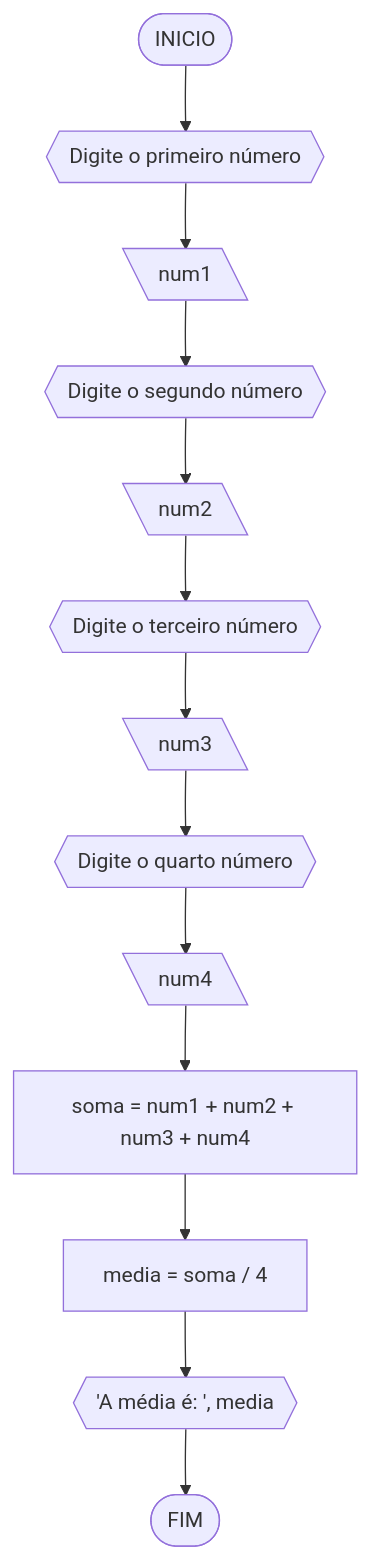
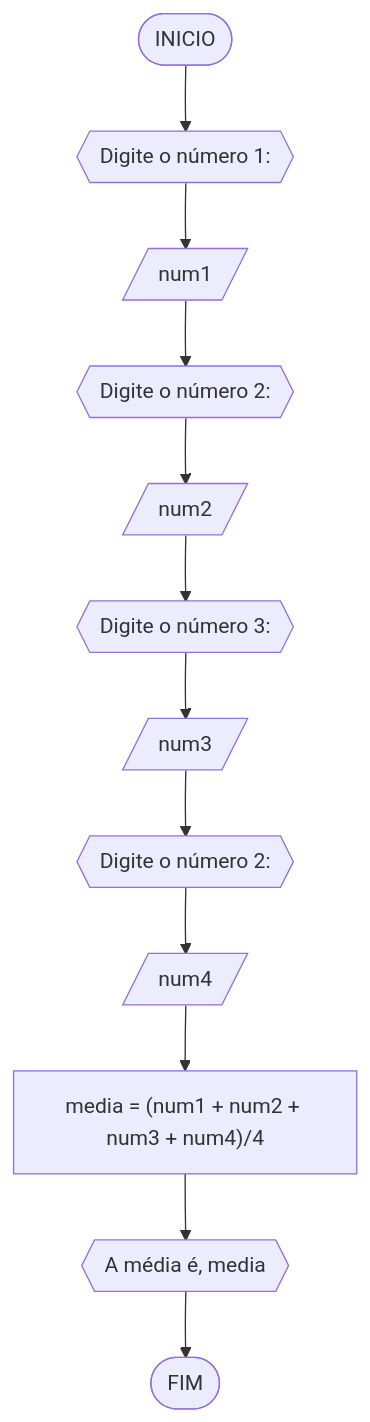
One commit to rineesousa/unifor changed the second of 5 diagrams in RLA/lista exercicio 2.md. Above: the diagram before and after it, drawn with Mermaid. The commit also changed other lines of this file, not shown here.

````diff
--- a/RLA/lista exercicio 2.md
+++ b/RLA/lista exercicio 2.md
@@ -8,15 +69,14 @@
 ```mermaid
 flowchart TD
-A([INICIO]) --> B{{Digite o primeiro número}}
-B --> C[\num1\]
-C --> D{{Digite o segundo número}}
-D --> E[\num2\]
-E --> F{{Digite o terceiro número}}
-F --> G[\num3\]
-G --> H{{Digite o quarto número}}
-H --> I[\num4\]
-I --> J[soma = num1 + num2 + num3 + num4]
-J --> K[media = soma / 4]
-K --> L{{'A média é: ', media}}
-L --> M([FIM])
+A([INICIO]) --> B{{"Digite o número 1:"}}
+B --> C[/num1/]
+C --> D{{"Digite o número 2:"}}
+D --> E[/num2/]
+E --> F{{"Digite o número 3:"}}
+F --> G[/num3/]
+G --> H{{"Digite o número 2:"}}
+H --> I[/num4/]
+I --> J["media = (num1 + num2 + num3 + num4)/4"]
+J --> K{{A média é, media}}
+K --> L([FIM]) 
 ```
````
